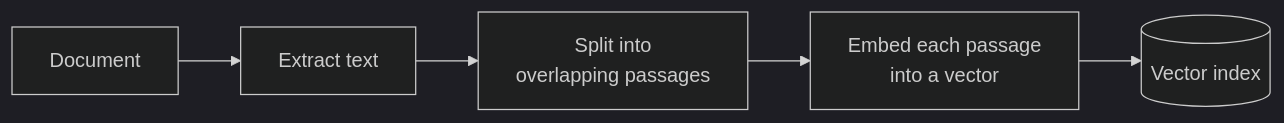
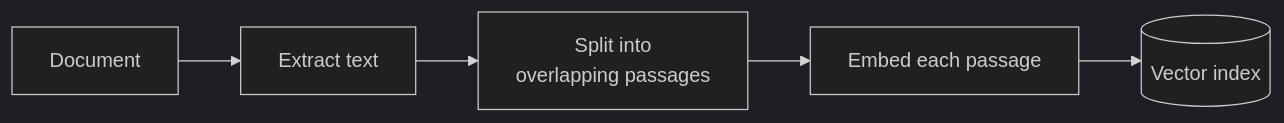
The first of 2 diagrams in app/demos/rag/naive/README.md (jjaaxx44/genai-personal-lab-rag), drawn with Mermaid (dark theme) before and after one commit. The commit also changed other lines of this file and 32 other files, not shown here.

````diff
--- a/app/demos/rag/naive/README.md
+++ b/app/demos/rag/naive/README.md
@@ -15,7 +9,7 @@
 ```mermaid
 flowchart LR
   A["Document"] --> B["Extract text"]
   B --> C["Split into<br/>overlapping passages"]
-  C --> D["Embed each passage<br/>into a vector"]
+  C --> D["Embed each passage"]
   D --> E[("Vector index")]
 ```
````
